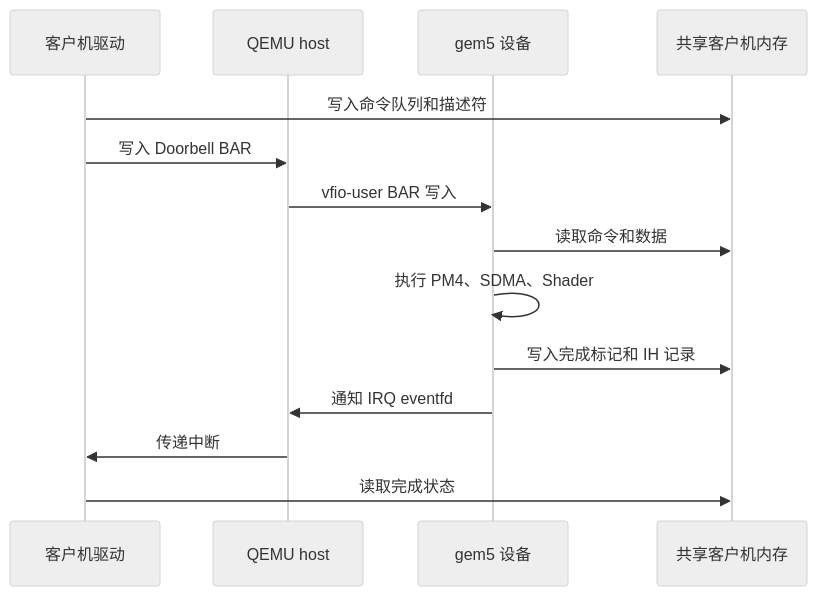
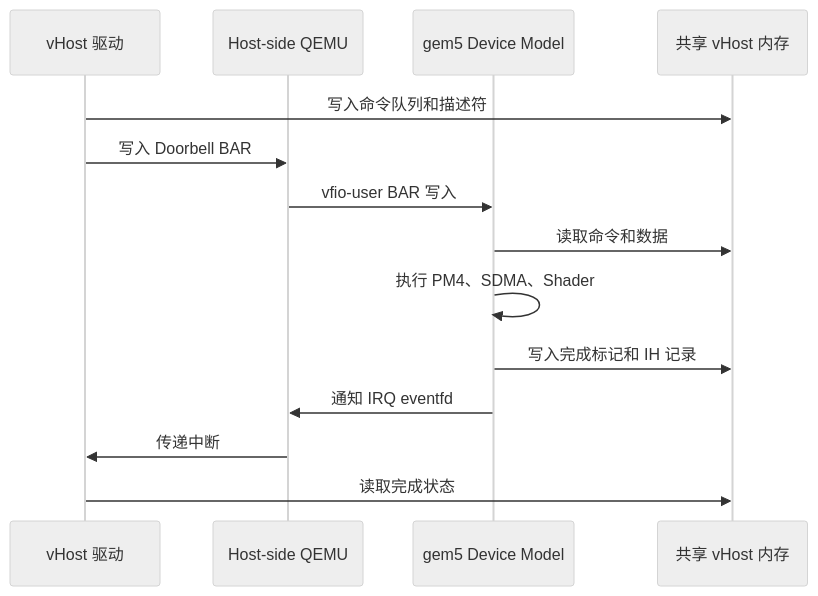
Before and after one commit to chengchen512/cosim-gpu: the third of 3 diagrams in docs/zh/architecture.md, drawn with Mermaid (neutral theme). The commit also changed other lines of this file and 45 other files, not shown here.

````diff
--- a/docs/zh/architecture.md
+++ b/docs/zh/architecture.md
@@ -201,16 +209,16 @@
 ```mermaid
 sequenceDiagram
-    participant Guest as 客户机驱动
-    participant Host as QEMU host
-    participant GPU as gem5 设备
-    participant RAM as 共享客户机内存
-    Guest->>RAM: 写入命令队列和描述符
-    Guest->>Host: 写入 Doorbell BAR
-    Host->>GPU: vfio-user BAR 写入
-    GPU->>RAM: 读取命令和数据
-    GPU->>GPU: 执行 PM4、SDMA、Shader
-    GPU->>RAM: 写入完成标记和 IH 记录
-    GPU->>Host: 通知 IRQ eventfd
-    Host->>Guest: 传递中断
-    Guest->>RAM: 读取完成状态
+    participant V as vHost 驱动
+    participant H as Host-side QEMU
+    participant D as gem5 Device Model
+    participant RAM as 共享 vHost 内存
+    V->>RAM: 写入命令队列和描述符
+    V->>H: 写入 Doorbell BAR
+    H->>D: vfio-user BAR 写入
+    D->>RAM: 读取命令和数据
+    D->>D: 执行 PM4、SDMA、Shader
+    D->>RAM: 写入完成标记和 IH 记录
+    D->>H: 通知 IRQ eventfd
+    H->>V: 传递中断
+    V->>RAM: 读取完成状态
 ```
````
